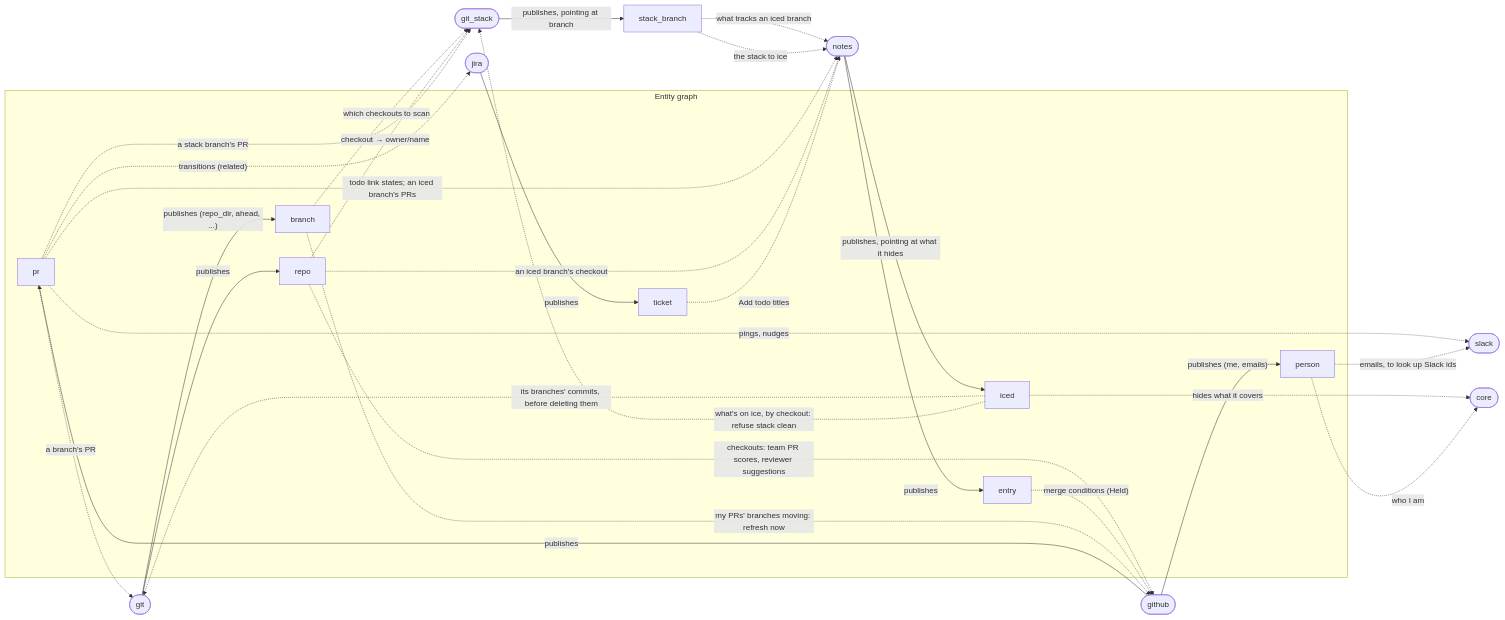
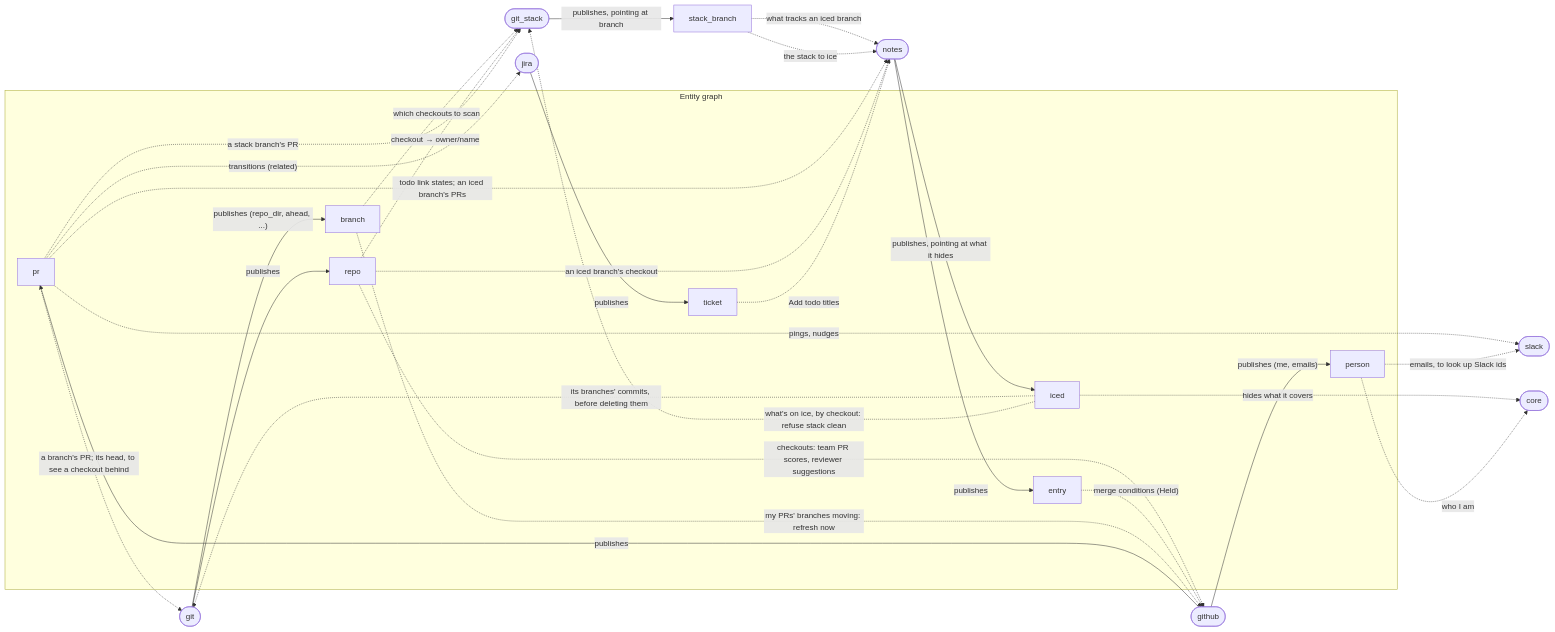
One commit to benekastah/move-forward changed the first of 2 diagrams in docs/plugins.md. Above: the diagram before and after it, drawn with Mermaid. The commit also changed 3 other files, not shown here.

````diff
--- a/docs/plugins.md
+++ b/docs/plugins.md
@@ -17,41 +17,41 @@
 ```mermaid
 flowchart LR
     subgraph Graph["Entity graph"]
         pr[pr]
         person[person]
         repo[repo]
         branch[branch]
         ticket[ticket]
         entry[entry]
         ice[iced]
     end
 
     github([github]) -- publishes --> pr
     github -- "publishes (me, emails)" --> person
     git([git]) -- publishes --> repo
     git -- "publishes (repo_dir, ahead, ...)" --> branch
     git_stack([git_stack]) -- "publishes, pointing at branch" --> stack_branch[stack_branch]
     jira([jira]) -- publishes --> ticket
     notes([notes]) -- publishes --> entry
     notes -- "publishes, pointing at what it hides" --> ice
     ice -. "hides what it covers" .-> core([core])
 
     repo -. "checkouts: team PR scores, reviewer suggestions" .-> github
     entry -. "merge conditions (Held)" .-> github
     branch -. "my PRs' branches moving: refresh now" .-> github
-    pr -. "a branch's PR" .-> git
+    pr -. "a branch's PR; its head, to see a checkout behind" .-> git
     ice -. "its branches' commits, before deleting them" .-> git
     branch -. "which checkouts to scan" .-> git_stack
     repo -. "checkout → owner/name" .-> git_stack
     pr -. "a stack branch's PR" .-> git_stack
     ice -. "what's on ice, by checkout: refuse stack clean" .-> git_stack
     pr -. "transitions (related)" .-> jira
     pr -. "pings, nudges" .-> slack([slack])
     person -. "emails, to look up Slack ids" .-> slack
     pr -. "todo link states; an iced branch's PRs" .-> notes
     repo -. "an iced branch's checkout" .-> notes
     stack_branch -. "what tracks an iced branch" .-> notes
     ticket -. "Add todo titles" .-> notes
     stack_branch -. "the stack to ice" .-> notes
     person -. "who I am" .-> core([core])
 ```
````
